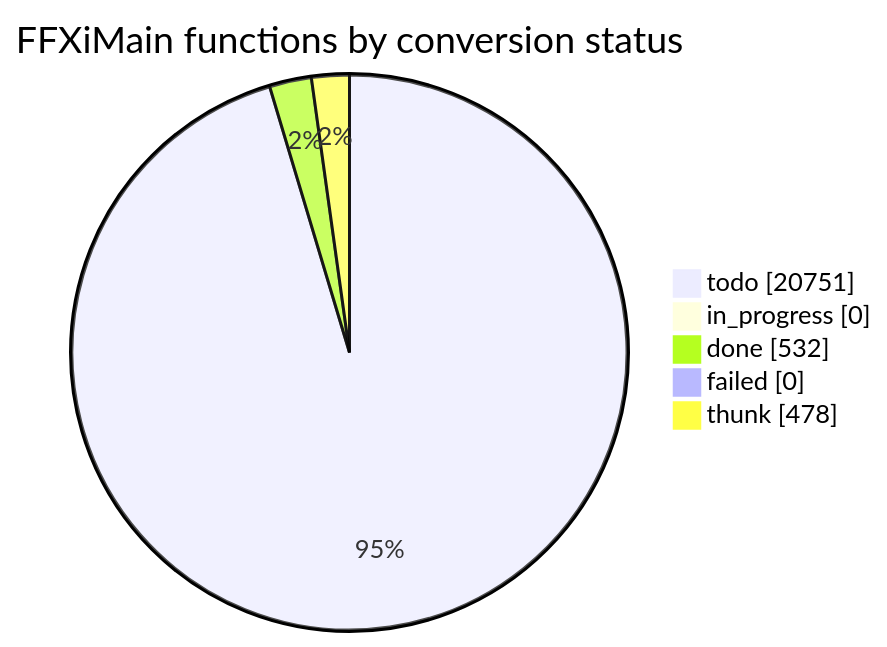
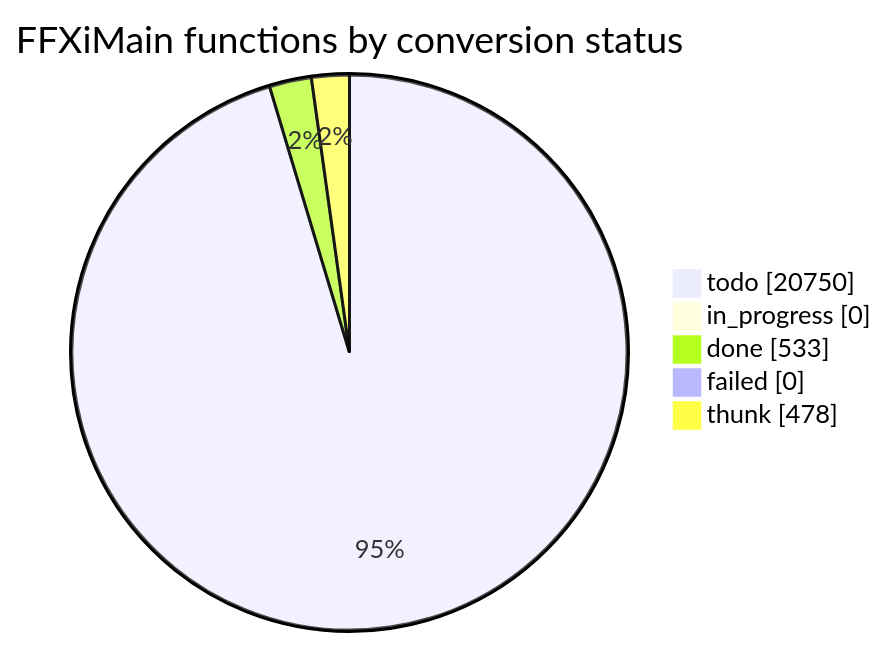
Before and after one commit to cowrevenge/cow_kuluu_xi_anything: the diagram in docs/cow/STATUS.md, drawn with Mermaid. The commit also changed other lines of this file and 9 other files, not shown here.

````diff
--- a/docs/cow/STATUS.md
+++ b/docs/cow/STATUS.md
@@ -18,9 +18,9 @@
 ```mermaid
 pie showData
     title FFXiMain functions by conversion status
-    "todo" : 20751
+    "todo" : 20750
     "in_progress" : 0
-    "done" : 532
+    "done" : 533
     "failed" : 0
     "thunk" : 478
 ```
````
